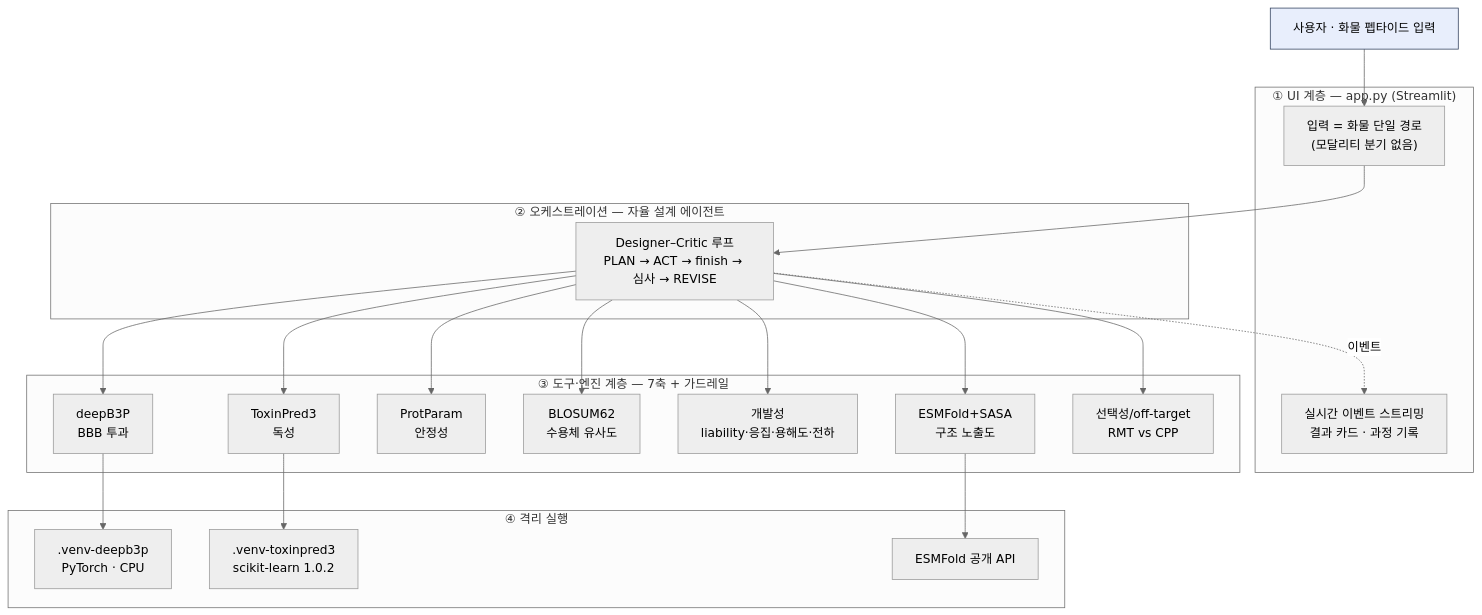
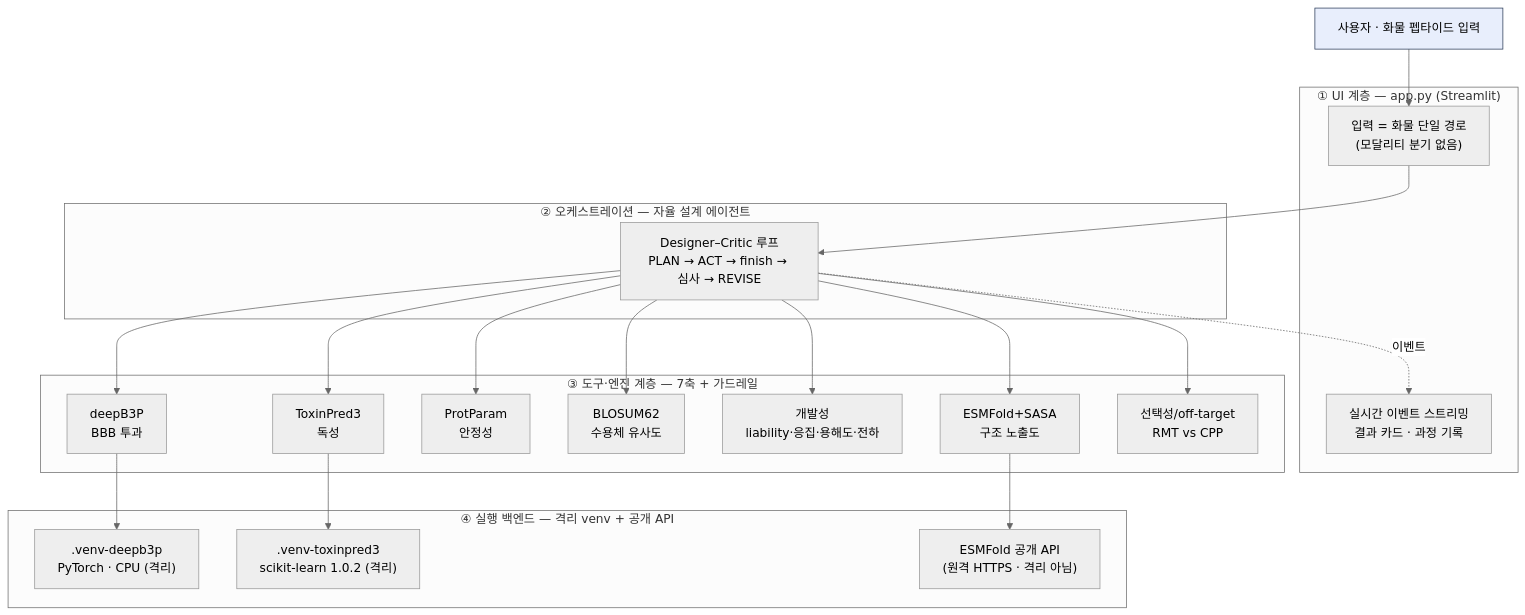
One commit to yunseul6028/BBB-Optimizer changed the second of 9 diagrams in 아키텍처.md. Above: the diagram before and after it, drawn with Mermaid (neutral theme). The commit also changed other lines of this file, not shown here.

First line of the commit message:
docs(아키텍처): ESMFold를 격리 실행에서 분리 — 공개 API(원격)이지 격리 venv 아님

````diff
--- a/아키텍처.md
+++ b/아키텍처.md
@@ -69,39 +72,39 @@
 ```mermaid
 flowchart TB
   U["사용자 · 화물 펩타이드 입력"]:::user
 
   subgraph L1["① UI 계층 — app.py (Streamlit)"]
     UI["입력 = 화물 단일 경로<br/>(모달리티 분기 없음)"]
     STREAM["실시간 이벤트 스트리밍<br/>결과 카드 · 과정 기록"]
   end
 
   subgraph L2["② 오케스트레이션 — 자율 설계 에이전트"]
     AG["Designer–Critic 루프<br/>PLAN → ACT → finish → 심사 → REVISE"]
   end
 
   subgraph L3["③ 도구·엔진 계층 — 7축 + 가드레일"]
     E1["deepB3P<br/>BBB 투과"]
     E2["ToxinPred3<br/>독성"]
     E3["ProtParam<br/>안정성"]
     E4["BLOSUM62<br/>수용체 유사도"]
     E5["개발성<br/>liability·응집·용해도·전하"]
     E6["ESMFold+SASA<br/>구조 노출도"]
     E7["선택성/off-target<br/>RMT vs CPP"]
   end
 
-  subgraph L4["④ 격리 실행"]
-    V1[".venv-deepb3p<br/>PyTorch · CPU"]
-    V2[".venv-toxinpred3<br/>scikit-learn 1.0.2"]
-    ESM["ESMFold 공개 API"]
+  subgraph L4["④ 실행 백엔드 — 격리 venv + 공개 API"]
+    V1[".venv-deepb3p<br/>PyTorch · CPU (격리)"]
+    V2[".venv-toxinpred3<br/>scikit-learn 1.0.2 (격리)"]
+    ESM["ESMFold 공개 API<br/>(원격 HTTPS · 격리 아님)"]
   end
 
   U --> UI
   UI --> AG
   AG -.->|이벤트| STREAM
   AG --> E1 & E2 & E3 & E4 & E5 & E6 & E7
   E1 --> V1
   E2 --> V2
   E6 --> ESM
 
   classDef user fill:#e8eefc,stroke:#30405c;
 ```
````
